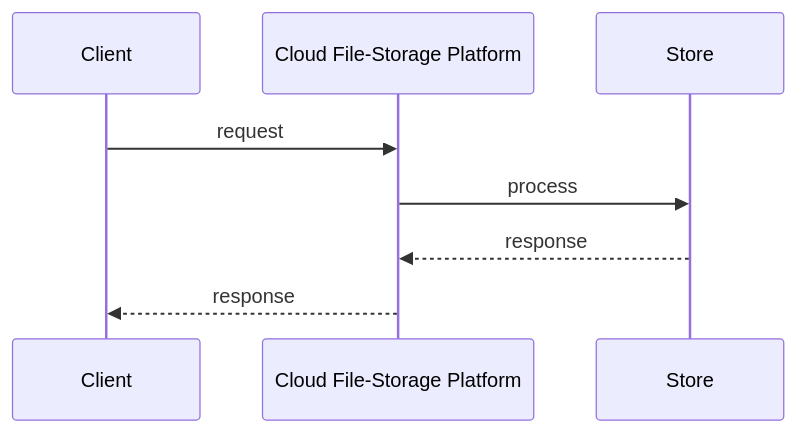
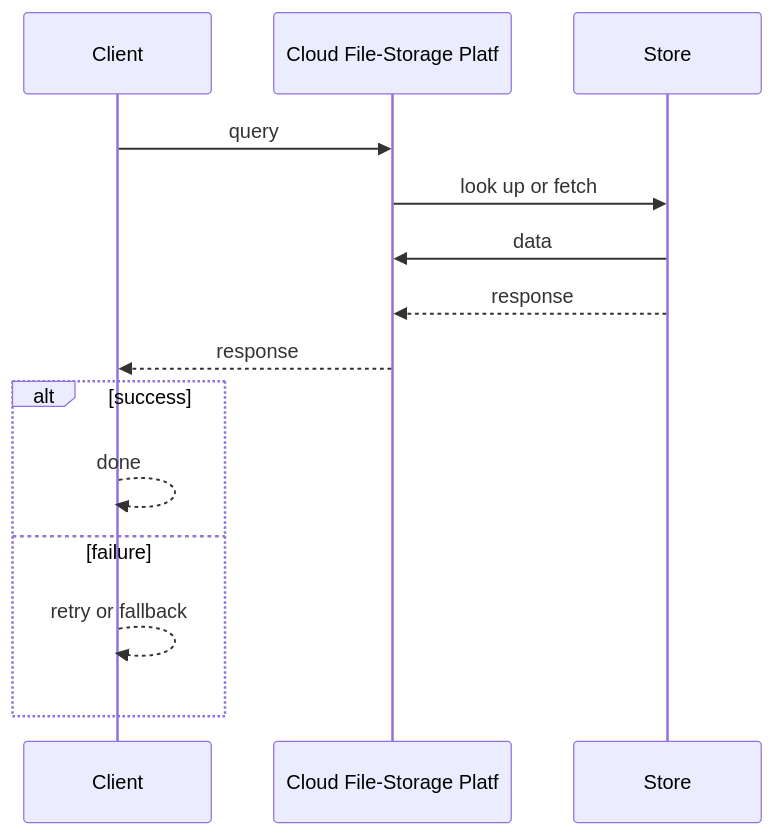
Before and after one commit to RIT-MESH/system-design-mastery: the second of 3 diagrams in case-studies/advanced/cloud-file-storage.md, drawn with Mermaid. The commit also changed other lines of this file and 215 other files, not shown here.

First line of the commit message:
Complete all remaining work: expand case studies, add 13 AI case studies, fix diagrams, status to Complete

````diff
--- a/case-studies/advanced/cloud-file-storage.md
+++ b/case-studies/advanced/cloud-file-storage.md
@@ -21,11 +22,17 @@
 ```mermaid
 %% created-for: system-design-mastery
 sequenceDiagram
   participant P0 as Client
-  participant P1 as Cloud File-Storage Platform
+  participant P1 as Cloud File-Storage Platf
   participant P2 as Store
-  P0 ->> P1: request
-  P1 ->> P2: process
+  P0 ->> P1: query
+  P1 ->> P2: look up or fetch
+  P2 ->> P1: data
   P2 -->> P1: response
   P1 -->> P0: response
+  alt success
+    P0 -->> P0: done
+  else failure
+    P0 -->> P0: retry or fallback
+  end
 ```
````
